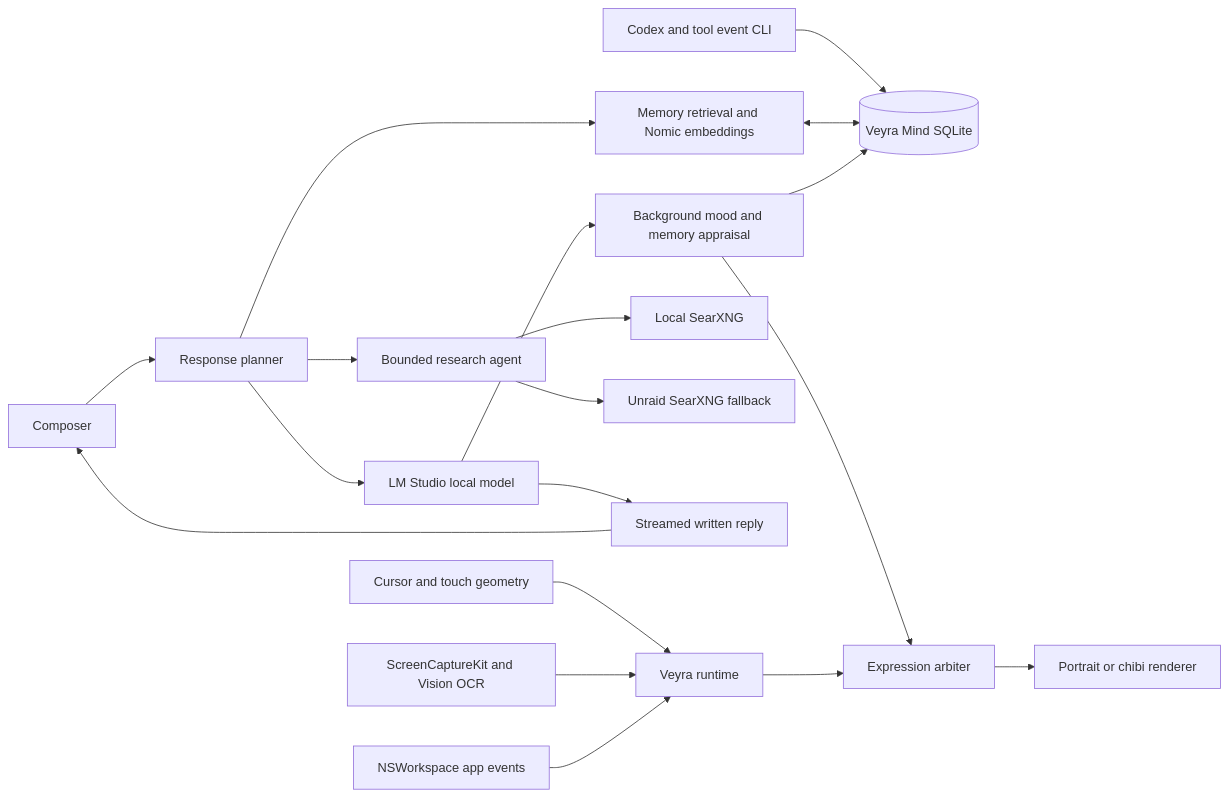
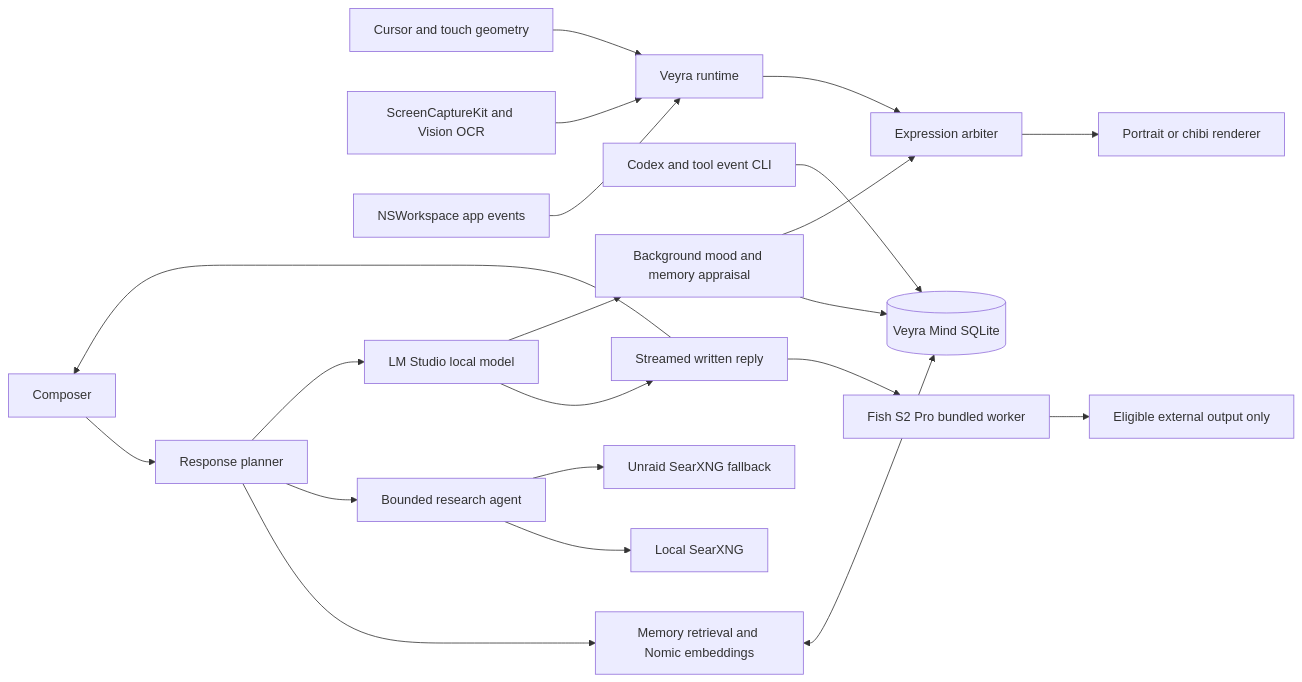
Before and after one commit to AIMDaAlien/Obsidian-Vault: the diagram in Projects/Veyra Companion/01 - Architecture and Implementation Plan.md, drawn with Mermaid. The commit also changed other lines of this file and 3 other files, not shown here.

````diff
--- a/Projects/Veyra Companion/01 - Architecture and Implementation Plan.md
+++ b/Projects/Veyra Companion/01 - Architecture and Implementation Plan.md
@@ -11,21 +11,23 @@
 ```mermaid
 flowchart LR
     Cursor[Cursor and touch geometry] --> Runtime[Veyra runtime]
     Screen[ScreenCaptureKit and Vision OCR] --> Runtime
     Apps[NSWorkspace app events] --> Runtime
     CLI[Codex and tool event CLI] --> Mind[(Veyra Mind SQLite)]
     Composer[Composer] --> Router[Response planner]
     Router --> Memory[Memory retrieval and Nomic embeddings]
     Memory <--> Mind
     Router --> Research[Bounded research agent]
     Research --> LocalSearX[Local SearXNG]
     Research --> UnraidSearX[Unraid SearXNG fallback]
     Router --> LM[LM Studio local model]
     LM --> Stream[Streamed written reply]
+    Stream --> TTS[Fish S2 Pro bundled worker]
+    TTS --> Audio[Eligible external output only]
     LM --> Appraisal[Background mood and memory appraisal]
     Appraisal --> Mind
     Appraisal --> Arbiter[Expression arbiter]
     Runtime --> Arbiter
     Arbiter --> Renderer[Portrait or chibi renderer]
     Stream --> Composer
 ```
````
